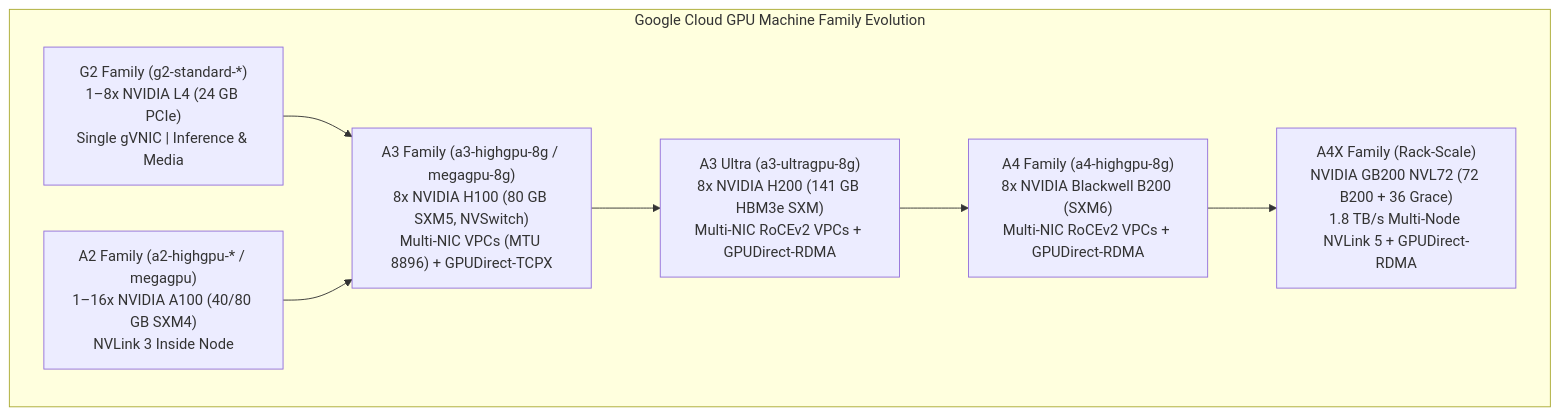
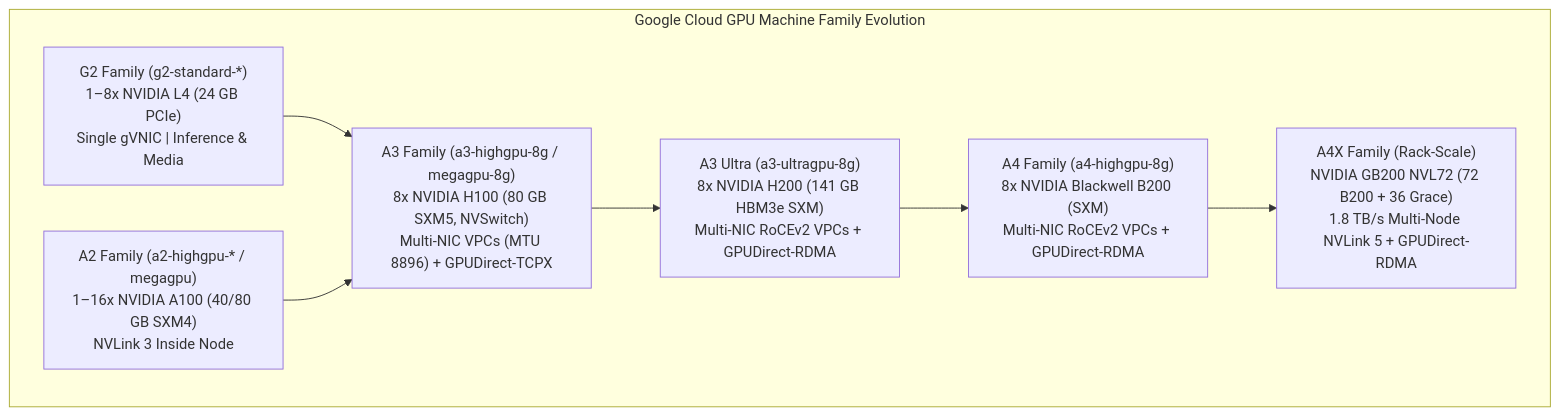
One commit to jithinpnjm/ai-infra-handbook changed the third of 3 diagrams in docs/part-09-nvidia-systems/14-cloud-gpu-platforms-dgx-cloud-coreweave-nebius-and-gcp-a3-and-a4.md. Above: the diagram before and after it, drawn with Mermaid. The commit also changed other lines of this file and 11 other files, not shown here.

Commit message:
Rework 9.1, 9.2, 9.6, 9.7, 9.8, 9.9, 9.10, 9.12, 9.14: correct KV-cache formula in code and lab, verify hardware numbers against NVIDIA reference architectures, remove unsourced names

````diff
--- a/docs/part-09-nvidia-systems/14-cloud-gpu-platforms-dgx-cloud-coreweave-nebius-and-gcp-a3-and-a4.md
+++ b/docs/part-09-nvidia-systems/14-cloud-gpu-platforms-dgx-cloud-coreweave-nebius-and-gcp-a3-and-a4.md
@@ -202,12 +182,12 @@
 ```mermaid
 flowchart TD
     subgraph GCPFam["Google Cloud GPU Machine Family Evolution"]
         G2["G2 Family (g2-standard-*)<br/>1–8x NVIDIA L4 (24 GB PCIe)<br/>Single gVNIC | Inference & Media"]
         A2["A2 Family (a2-highgpu-* / megagpu)<br/>1–16x NVIDIA A100 (40/80 GB SXM4)<br/>NVLink 3 Inside Node"]
         A3["A3 Family (a3-highgpu-8g / megagpu-8g)<br/>8x NVIDIA H100 (80 GB SXM5, NVSwitch)<br/>Multi-NIC VPCs (MTU 8896) + GPUDirect-TCPX"]
         A3U["A3 Ultra (a3-ultragpu-8g)<br/>8x NVIDIA H200 (141 GB HBM3e SXM)<br/>Multi-NIC RoCEv2 VPCs + GPUDirect-RDMA"]
-        A4["A4 Family (a4-highgpu-8g)<br/>8x NVIDIA Blackwell B200 (SXM6)<br/>Multi-NIC RoCEv2 VPCs + GPUDirect-RDMA"]
+        A4["A4 Family (a4-highgpu-8g)<br/>8x NVIDIA Blackwell B200 (SXM)<br/>Multi-NIC RoCEv2 VPCs + GPUDirect-RDMA"]
         A4X["A4X Family (Rack-Scale)<br/>NVIDIA GB200 NVL72 (72 B200 + 36 Grace)<br/>1.8 TB/s Multi-Node NVLink 5 + GPUDirect-RDMA"]
         G2 & A2 --> A3 --> A3U --> A4 --> A4X
     end
 ```
````
